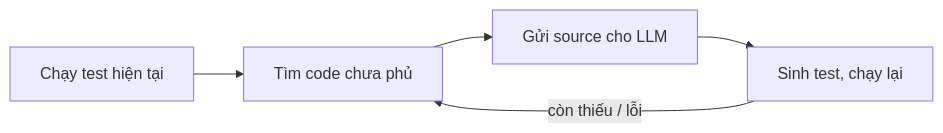
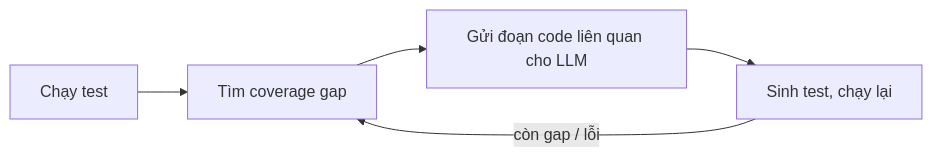
One commit to nhaajtdajt/seminar-testing-unitTest-coverage-cicd changed the second of 3 diagrams in slides-slidev/slides.md. Above: the diagram before and after it, drawn with Mermaid. The commit also changed other lines of this file and 2 other files, not shown here.

````diff
--- a/slides-slidev/slides.md
+++ b/slides-slidev/slides.md
@@ -455,7 +657,7 @@
-```mermaid {scale: 0.85}
+```mermaid {scale: 0.8}
 flowchart LR
-  A[Chạy test hiện tại] --> B[Tìm code chưa phủ]
-  B --> C[Gửi source cho LLM]
+  A[Chạy test] --> B[Tìm coverage gap]
+  B --> C[Gửi đoạn code liên quan cho LLM]
   C --> D[Sinh test, chạy lại]
-  D -->|còn thiếu / lỗi| B
+  D -->|còn gap / lỗi| B
 ```
````
